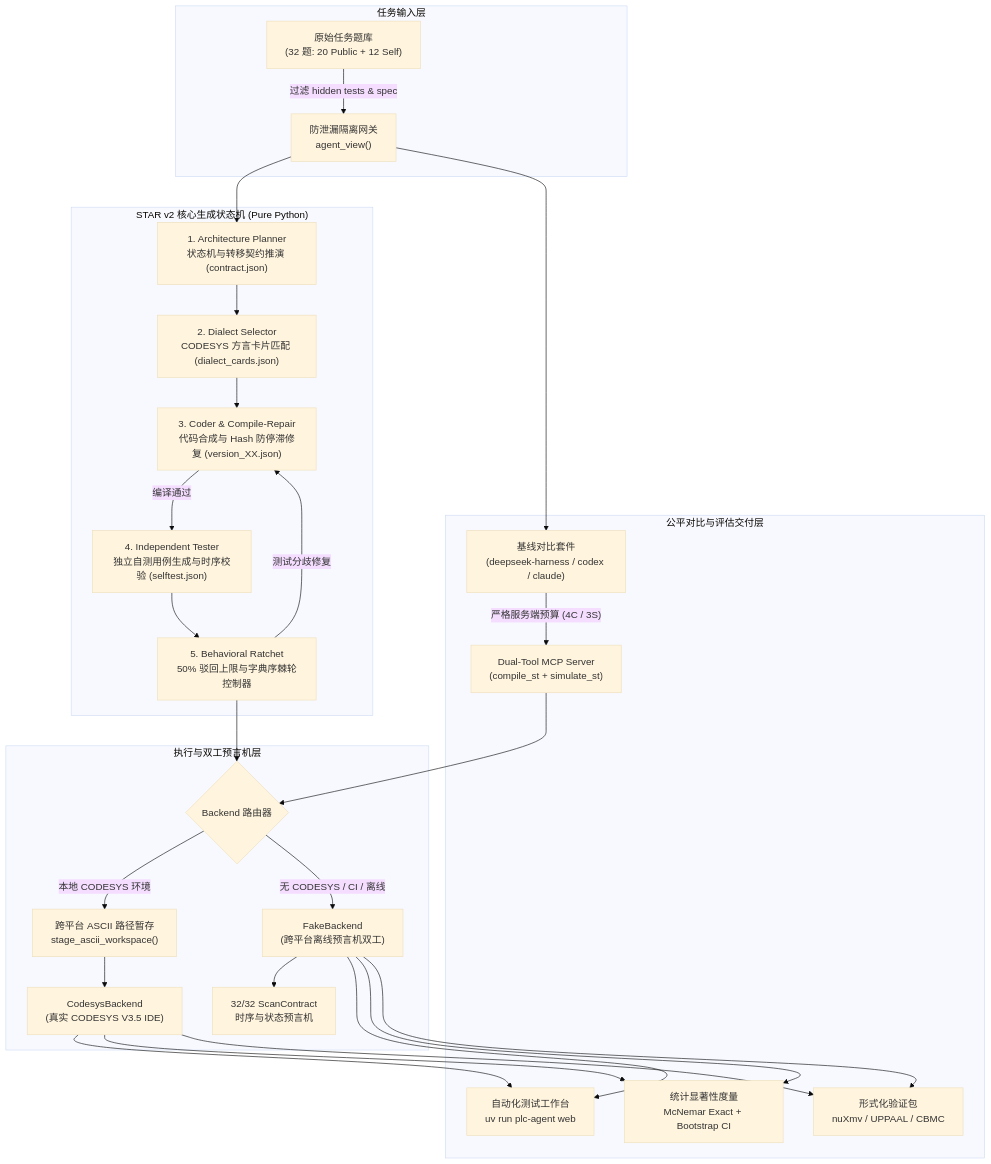
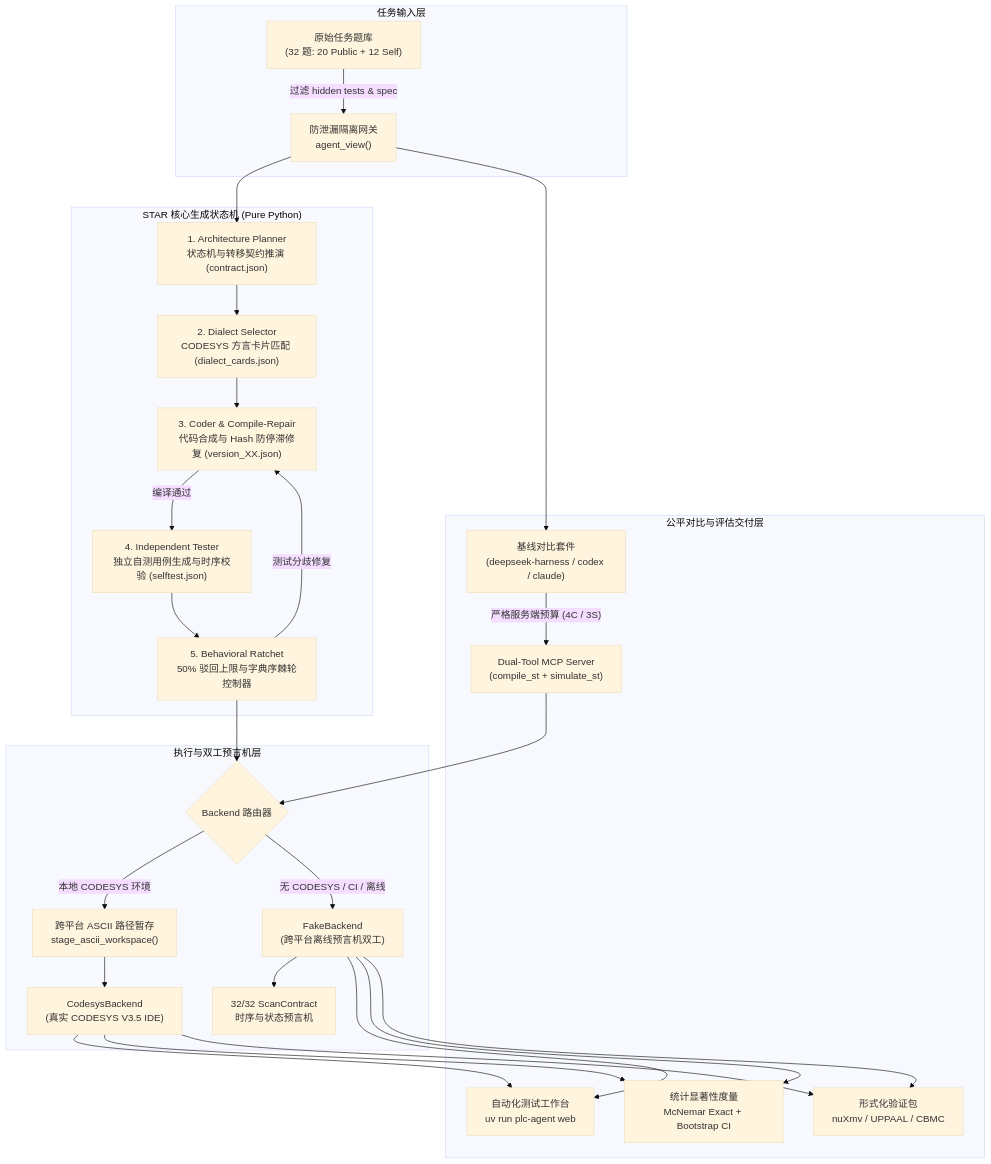
The diagram in docs/architecture.md (Ofeecc/STAR-PLC-Agent), drawn with Mermaid (base theme) before and after one commit. The commit also changed other lines of this file and 108 other files, not shown here.

````diff
--- a/docs/architecture.md
+++ b/docs/architecture.md
@@ -15,50 +15,50 @@
 ```mermaid
 flowchart TD
     subgraph Input ["任务输入层"]
         TaskRaw["原始任务题库<br/>(32 题: 20 Public + 12 Self)"]
         AgentView["防泄漏隔离网关<br/>agent_view()"]
         TaskRaw -->|"过滤 hidden tests & spec"| AgentView
     end
 
-    subgraph STAR ["STAR v2 核心生成状态机 (Pure Python)"]
+    subgraph STAR ["STAR 核心生成状态机 (Pure Python)"]
         Planner["1. Architecture Planner<br/>状态机与转移契约推演 (contract.json)"]
         Dialect["2. Dialect Selector<br/>CODESYS 方言卡片匹配 (dialect_cards.json)"]
         Coder["3. Coder & Compile-Repair<br/>代码合成与 Hash 防停滞修复 (version_XX.json)"]
         Tester["4. Independent Tester<br/>独立自测用例生成与时序校验 (selftest.json)"]
         Ratchet["5. Behavioral Ratchet<br/>50% 驳回上限与字典序棘轮控制器"]
 
         AgentView --> Planner
         Planner --> Dialect
         Dialect --> Coder
         Coder -->|"编译通过"| Tester
         Tester --> Ratchet
         Ratchet -->|"测试分歧修复"| Coder
     end
 
     subgraph Execution ["执行与双工预言机层"]
         BackendRouter{"Backend 路由器"}
         CodesysBackend["CodesysBackend<br/>(真实 CODESYS V3.5 IDE)"]
         FakeBackend["FakeBackend<br/>(跨平台离线预言机双工)"]
         AsciiStaging["跨平台 ASCII 路径暂存<br/>stage_ascii_workspace()"]
         ScanContract["32/32 ScanContract<br/>时序与状态预言机"]
 
         Ratchet --> BackendRouter
         BackendRouter -->|本地 CODESYS 环境| AsciiStaging --> CodesysBackend
         BackendRouter -->|无 CODESYS / CI / 离线| FakeBackend --> ScanContract
     end
 
     subgraph Evaluation ["公平对比与评估交付层"]
         MCP["Dual-Tool MCP Server<br/>(compile_st + simulate_st)"]
         Baselines["基线对比套件<br/>(deepseek-harness / codex / claude)"]
         WebUI["自动化测试工作台<br/>uv run plc-agent web"]
         Verify["形式化验证包<br/>nuXmv / UPPAAL / CBMC"]
         Stats["统计显著性度量<br/>McNemar Exact + Bootstrap CI"]
 
         AgentView --> Baselines
         Baselines -->|"严格服务端预算 (4C / 3S)"| MCP
         MCP --> BackendRouter
         CodesysBackend & FakeBackend --> WebUI
         CodesysBackend & FakeBackend --> Stats
         CodesysBackend & FakeBackend --> Verify
     end
 ```
````
